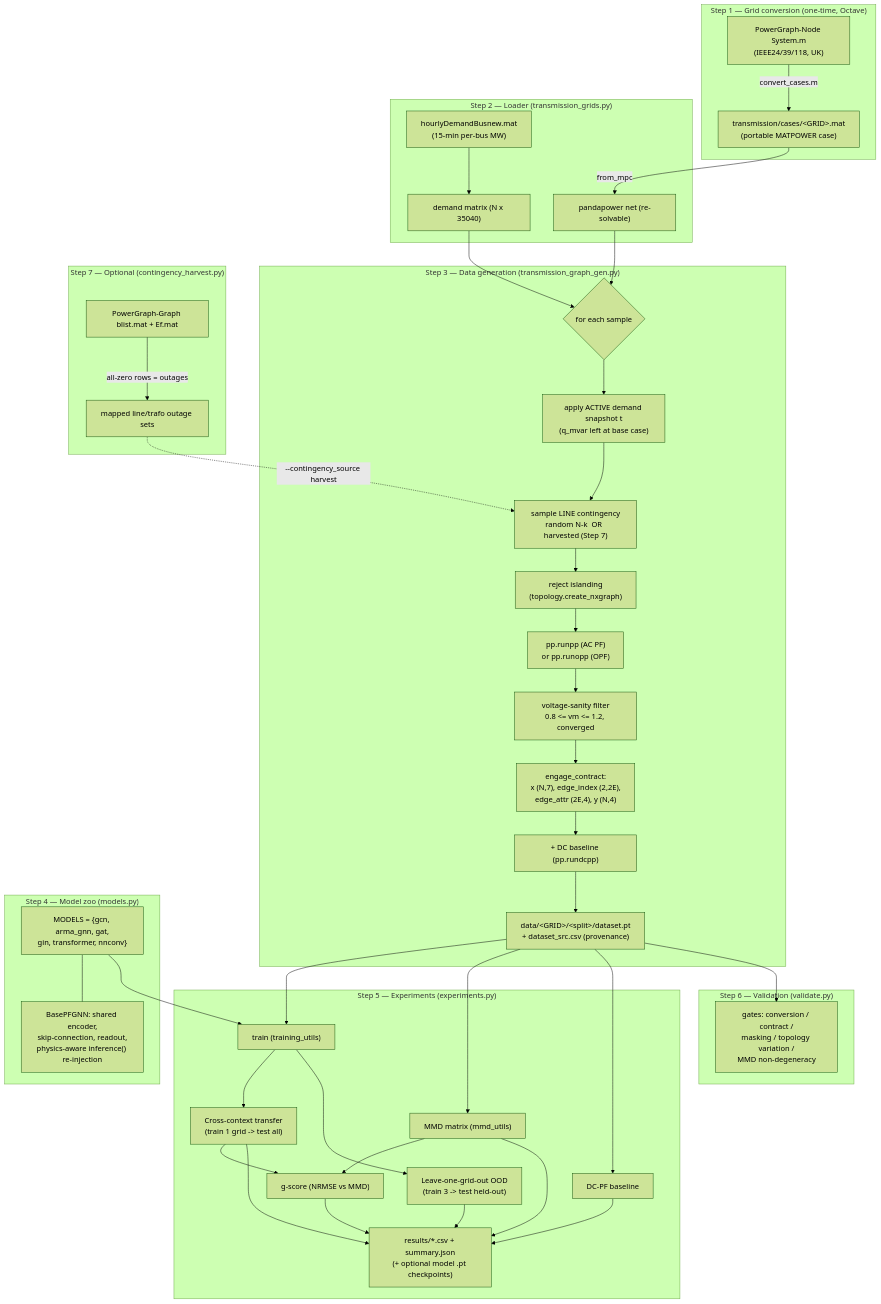
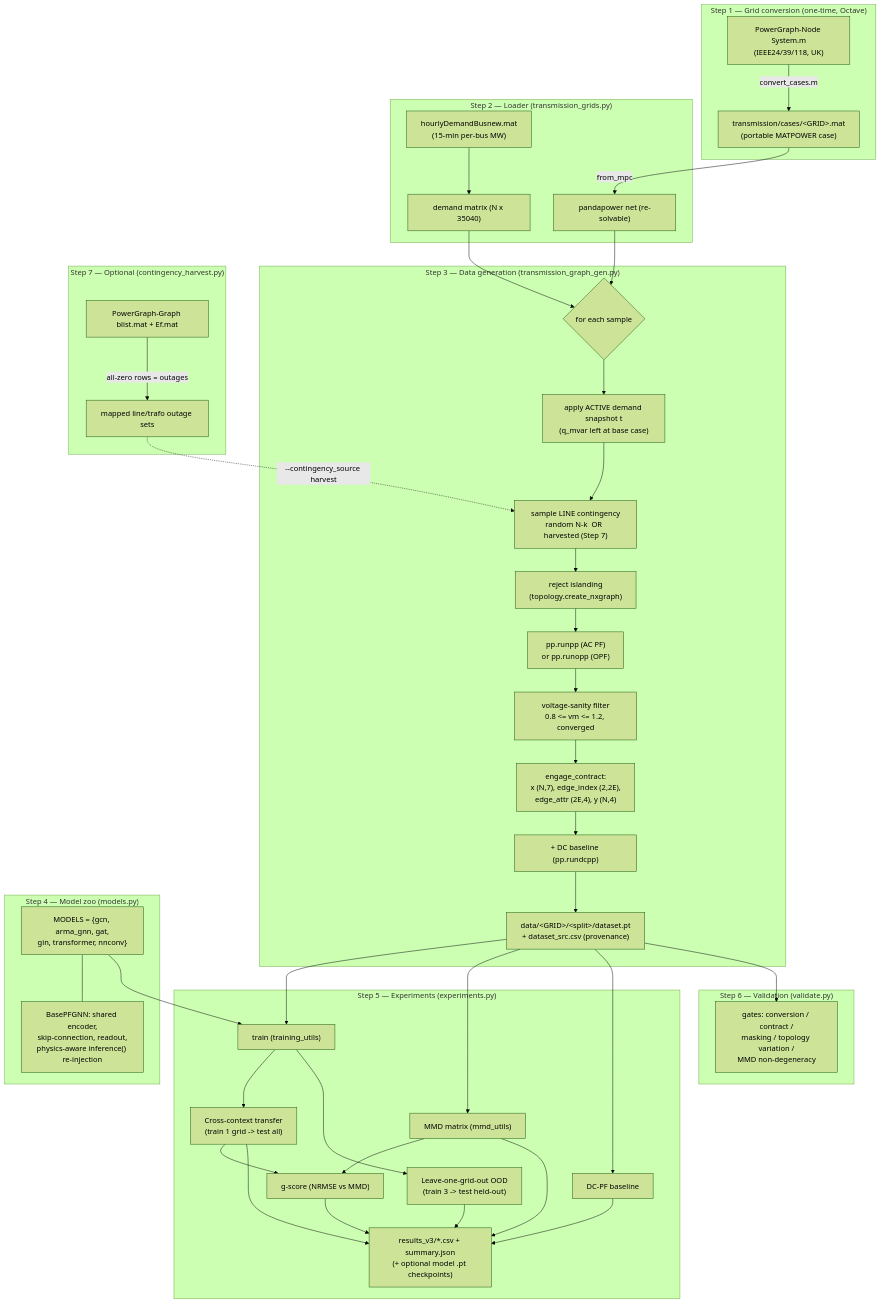
One commit to Davjes15/eval_gnn_generalization_pg changed the diagram in docs/Pipeline_Report.md. Above: the diagram before and after it, drawn with Mermaid (forest theme). The commit also changed other lines of this file and 11 other files, not shown here.

````diff
--- a/docs/Pipeline_Report.md
+++ b/docs/Pipeline_Report.md
@@ -45,55 +45,55 @@
 ```mermaid
 flowchart TD
     subgraph S1["Step 1 — Grid conversion (one-time, Octave)"]
         A1["PowerGraph-Node System.m<br/>(IEEE24/39/118, UK)"] -->|convert_cases.m| A2["transmission/cases/&lt;GRID&gt;.mat<br/>(portable MATPOWER case)"]
     end
 
     subgraph S2["Step 2 — Loader (transmission_grids.py)"]
         A2 -->|from_mpc| B1["pandapower net (re-solvable)"]
         A3["hourlyDemandBusnew.mat<br/>(15-min per-bus MW)"] --> B2["demand matrix (N x 35040)"]
     end
 
     subgraph S3["Step 3 — Data generation (transmission_graph_gen.py)"]
         B1 --> C1{"for each sample"}
         B2 --> C1
         C1 --> C2["apply ACTIVE demand snapshot t<br/>(q_mvar left at base case)"]
         C2 --> C3["sample LINE contingency<br/>random N-k  OR  harvested (Step 7)"]
         C3 --> C4["reject islanding<br/>(topology.create_nxgraph)"]
         C4 --> C5["pp.runpp (AC PF)<br/>or pp.runopp (OPF)"]
         C5 --> C6["voltage-sanity filter<br/>0.8 <= vm <= 1.2, converged"]
         C6 --> C7["engage_contract:<br/>x (N,7), edge_index (2,2E),<br/>edge_attr (2E,4), y (N,4)"]
         C7 --> C8["+ DC baseline (pp.rundcpp)"]
         C8 --> C9["data/&lt;GRID&gt;/&lt;split&gt;/dataset.pt<br/>+ dataset_src.csv (provenance)"]
     end
 
     subgraph S4["Step 4 — Model zoo (models.py)"]
         D1["MODELS = {gcn, arma_gnn, gat,<br/>gin, transformer, nnconv}"]
         D2["BasePFGNN: shared encoder,<br/>skip-connection, readout,<br/>physics-aware inference() re-injection"]
         D1 --- D2
     end
 
     subgraph S5["Step 5 — Experiments (experiments.py)"]
         C9 --> E1["train (training_utils)"]
         D1 --> E1
         E1 --> E2["Cross-context transfer<br/>(train 1 grid -> test all)"]
         E1 --> E3["Leave-one-grid-out OOD<br/>(train 3 -> test held-out)"]
         C9 --> E4["MMD matrix (mmd_utils)"]
         C9 --> E5["DC-PF baseline"]
         E2 --> E6["g-score (NRMSE vs MMD)"]
         E4 --> E6
-        E2 --> E7["results/*.csv + summary.json<br/>(+ optional model .pt checkpoints)"]
+        E2 --> E7["results_v3/*.csv + summary.json<br/>(+ optional model .pt checkpoints)"]
         E3 --> E7
         E4 --> E7
         E5 --> E7
         E6 --> E7
     end
 
     subgraph S6["Step 6 — Validation (validate.py)"]
         C9 --> F1["gates: conversion / contract /<br/>masking / topology variation /<br/>MMD non-degeneracy"]
     end
 
     subgraph S7["Step 7 — Optional (contingency_harvest.py)"]
         G1["PowerGraph-Graph blist.mat + Ef.mat"] -->|all-zero rows = outages| G2["mapped line/trafo outage sets"]
         G2 -.->|--contingency_source harvest| C3
     end
 ```
````
